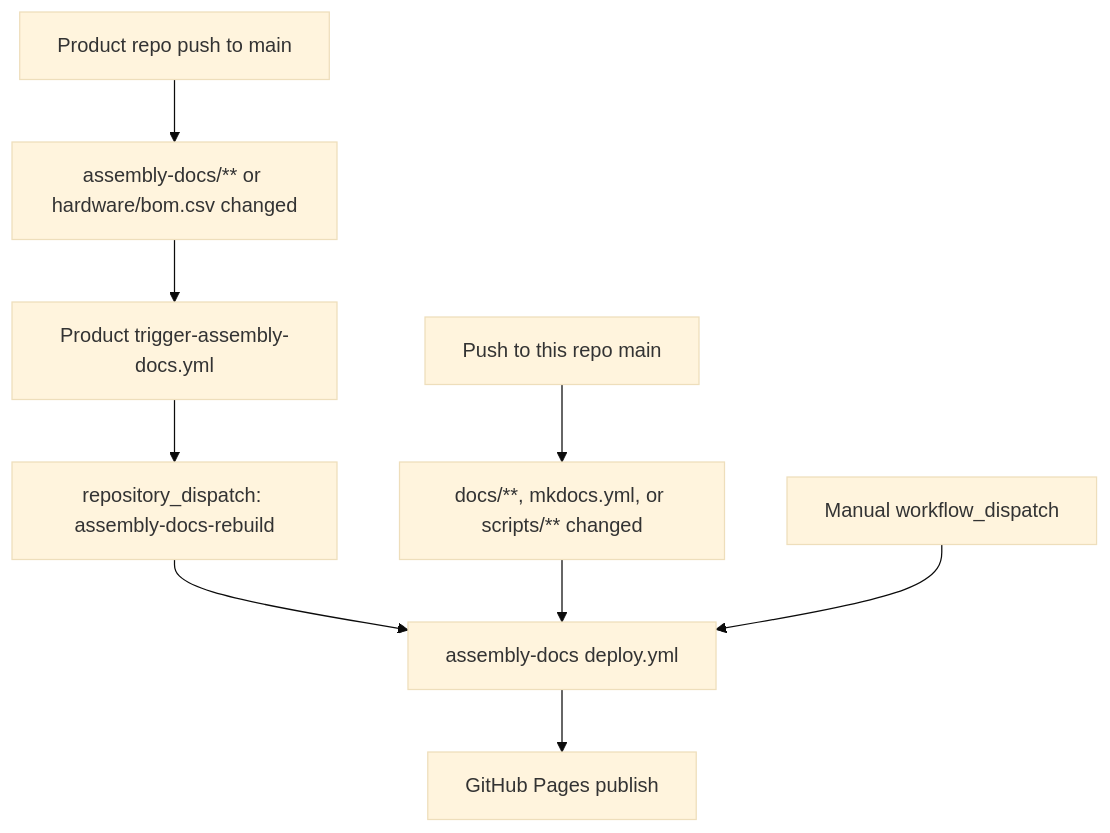
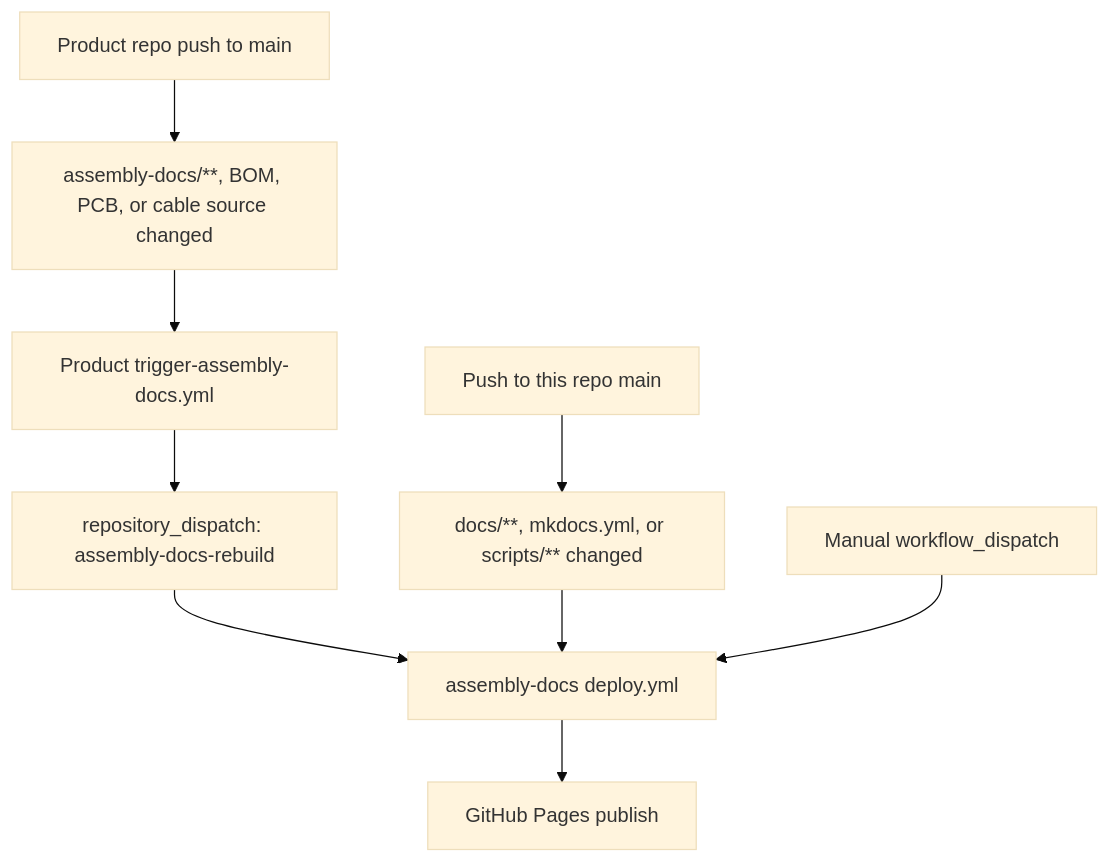
One commit to researchanddesire/assembly-docs changed the third of 5 diagrams in docs/how-this-site-works.md. Above: the diagram before and after it, drawn with Mermaid (base theme). The commit also changed other lines of this file and 59 other files, not shown here.

````diff
--- a/docs/how-this-site-works.md
+++ b/docs/how-this-site-works.md
@@ -98,17 +106,17 @@
 ```mermaid
 flowchart TD
     ProductPush["Product repo push to main"]
-    ProductPaths["assembly-docs/** or hardware/bom.csv changed"]
+    ProductPaths["assembly-docs/**, BOM, PCB, or cable source changed"]
     TriggerWorkflow["Product trigger-assembly-docs.yml"]
     Dispatch["repository_dispatch: assembly-docs-rebuild"]
     RepoPush["Push to this repo main"]
     RepoPaths["docs/**, mkdocs.yml, or scripts/** changed"]
     Manual["Manual workflow_dispatch"]
     Deploy["assembly-docs deploy.yml"]
     Pages["GitHub Pages publish"]
 
     ProductPush --> ProductPaths --> TriggerWorkflow --> Dispatch --> Deploy
     RepoPush --> RepoPaths --> Deploy
     Manual --> Deploy
     Deploy --> Pages
 ```
````
